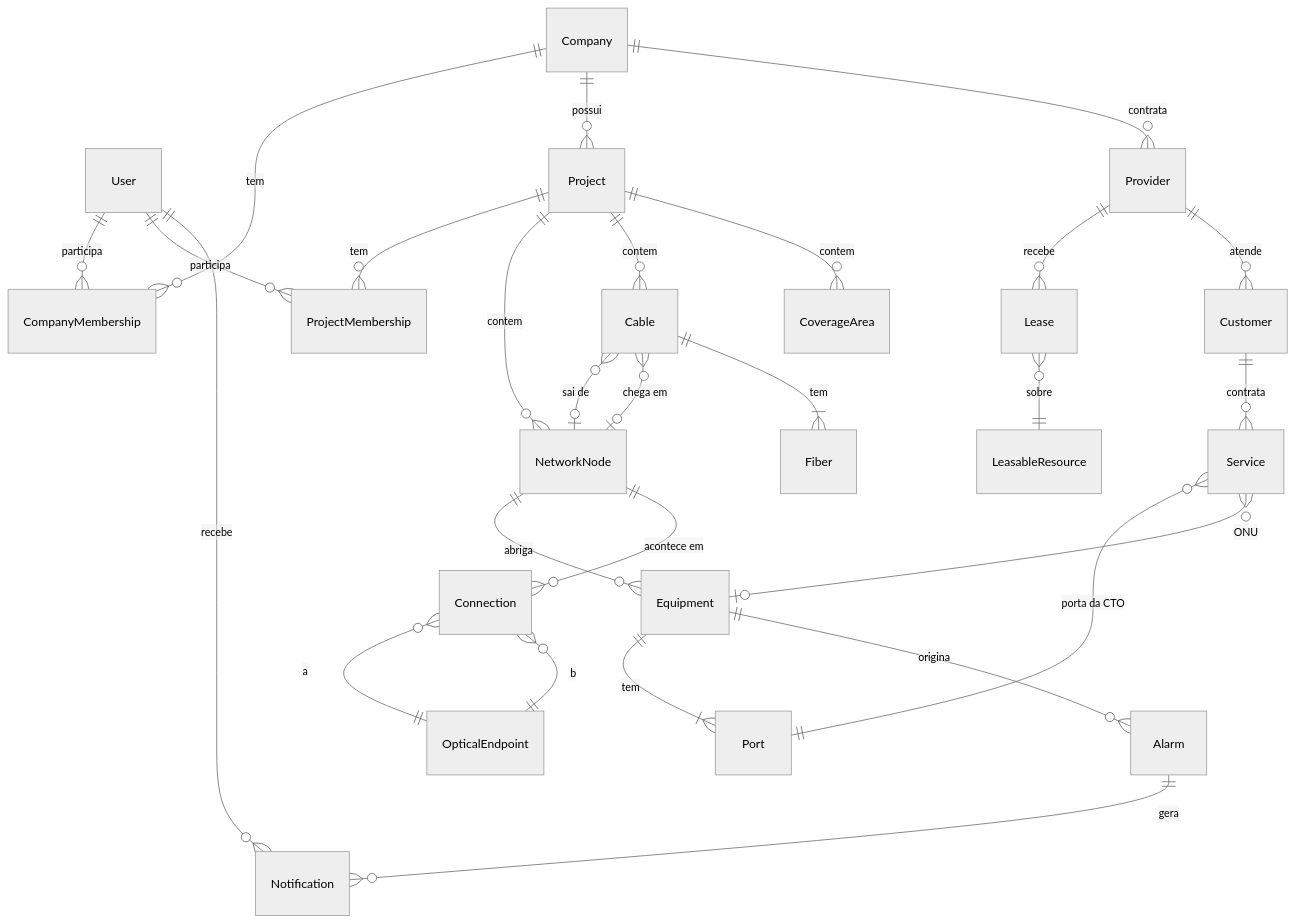
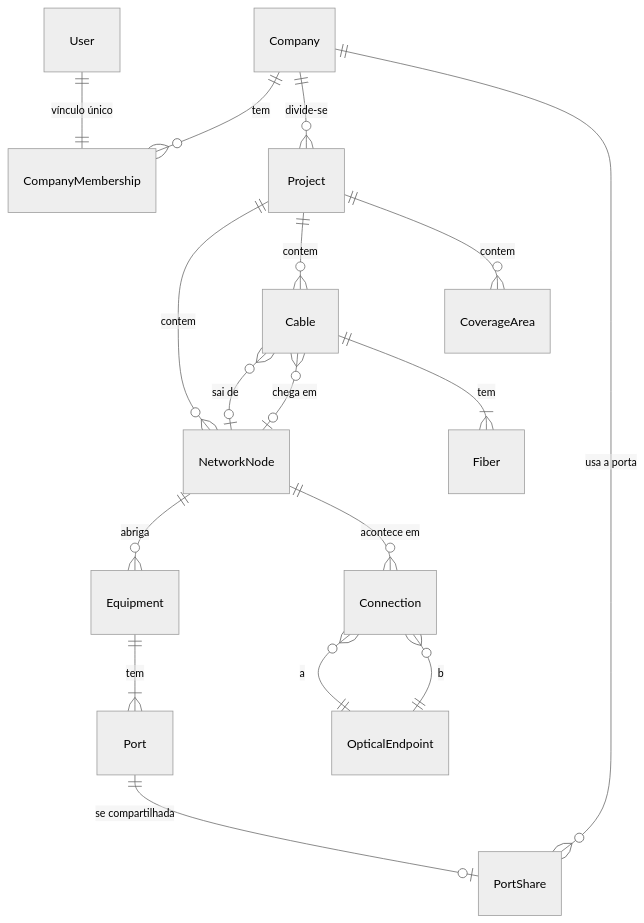
Before and after one commit to marcelbleasby/Neutra--Map-Editor: the diagram in docs/03-modelo-de-dados.md, drawn with Mermaid (neutral theme). The commit also changed other lines of this file and 9 other files, not shown here.

````diff
--- a/docs/03-modelo-de-dados.md
+++ b/docs/03-modelo-de-dados.md
@@ -7,33 +8,22 @@
 ```mermaid
 erDiagram
     Company ||--o{ CompanyMembership : tem
-    User ||--o{ CompanyMembership : participa
-    Company ||--o{ Project : possui
-    Company ||--o{ Provider : contrata
-    Project ||--o{ ProjectMembership : tem
-    User ||--o{ ProjectMembership : participa
+    User ||--|| CompanyMembership : "vínculo único"
+    Company ||--o{ Project : divide-se
 
     Project ||--o{ NetworkNode : contem
     Project ||--o{ Cable : contem
     Project ||--o{ CoverageArea : contem
 
     NetworkNode ||--o{ Equipment : abriga
     NetworkNode ||--o{ Connection : "acontece em"
     Cable }o--o| NetworkNode : "sai de"
     Cable }o--o| NetworkNode : "chega em"
     Cable ||--|{ Fiber : tem
     Equipment ||--|{ Port : tem
     Connection }o--|| OpticalEndpoint : a
     Connection }o--|| OpticalEndpoint : b
 
-    Provider ||--o{ Lease : recebe
-    Lease }o--|| LeasableResource : sobre
-    Provider ||--o{ Customer : atende
-    Customer ||--o{ Service : contrata
-    Service }o--|| Port : "porta da CTO"
-    Service }o--o| Equipment : ONU
-
-    Equipment ||--o{ Alarm : origina
-    Alarm ||--o{ Notification : gera
-    User ||--o{ Notification : recebe
+    Port ||--o| PortShare : "se compartilhada"
+    Company ||--o{ PortShare : "usa a porta"
 ```
````
